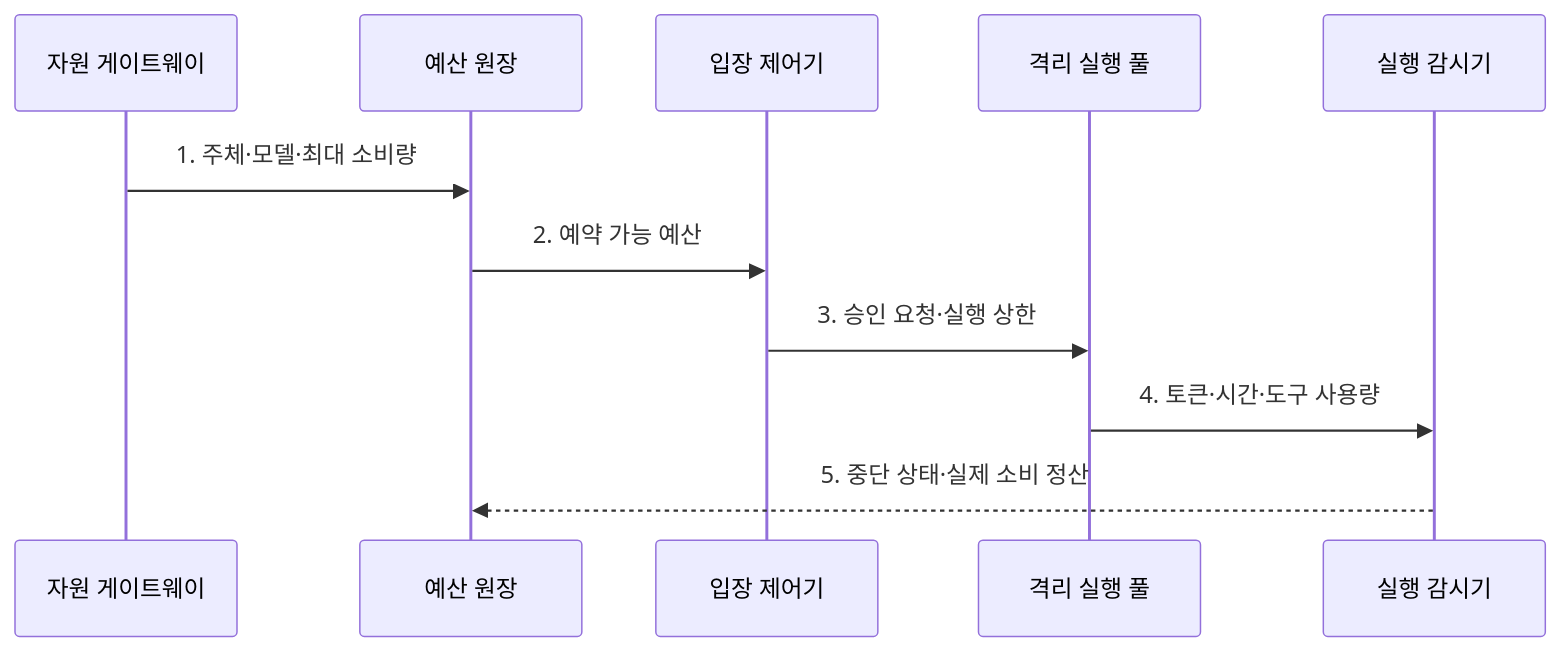
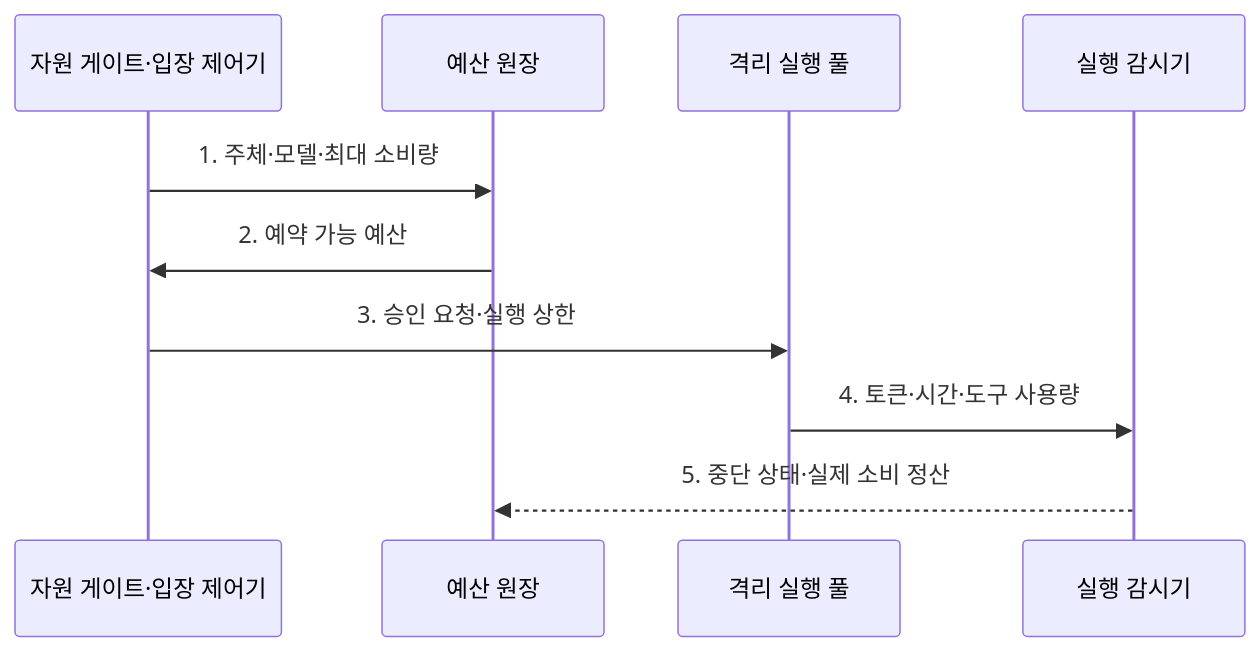
Before and after one commit to agnusdei1207/knowledge-base: the second of 2 diagrams in src/content/docs/notes/08-latest-tech/126_llm10_unbounded_consumption.md, drawn with Mermaid. The commit also changed 6 other files, not shown here.

Commit message:
Reduce AI security flow participants

````diff
--- a/src/content/docs/notes/08-latest-tech/126_llm10_unbounded_consumption.md
+++ b/src/content/docs/notes/08-latest-tech/126_llm10_unbounded_consumption.md
@@ -104,13 +104,12 @@
 ```mermaid
 sequenceDiagram
-  participant G as 자원 게이트웨이
+  participant G as 자원 게이트·입장 제어기
   participant L as 예산 원장
-  participant A as 입장 제어기
   participant P as 격리 실행 풀
   participant M as 실행 감시기
   G->>L: 1. 주체·모델·최대 소비량
-  L->>A: 2. 예약 가능 예산
-  A->>P: 3. 승인 요청·실행 상한
+  L->>G: 2. 예약 가능 예산
+  G->>P: 3. 승인 요청·실행 상한
   P->>M: 4. 토큰·시간·도구 사용량
   M-->>L: 5. 중단 상태·실제 소비 정산
 ```
````
